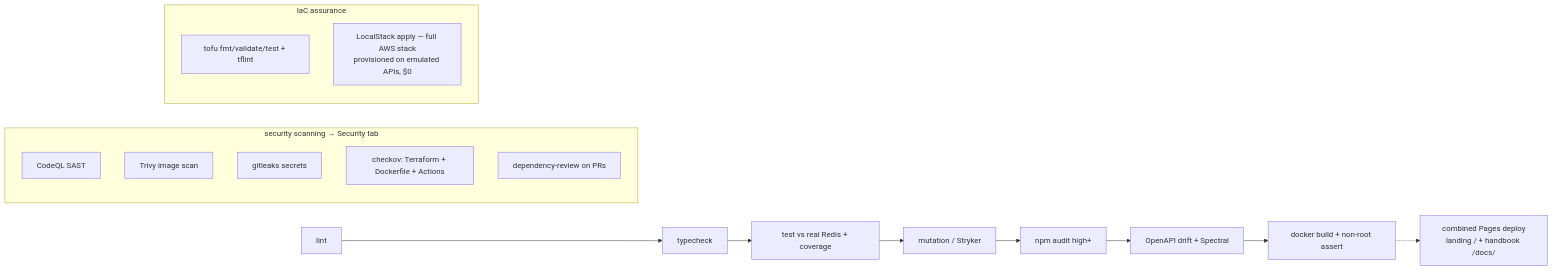
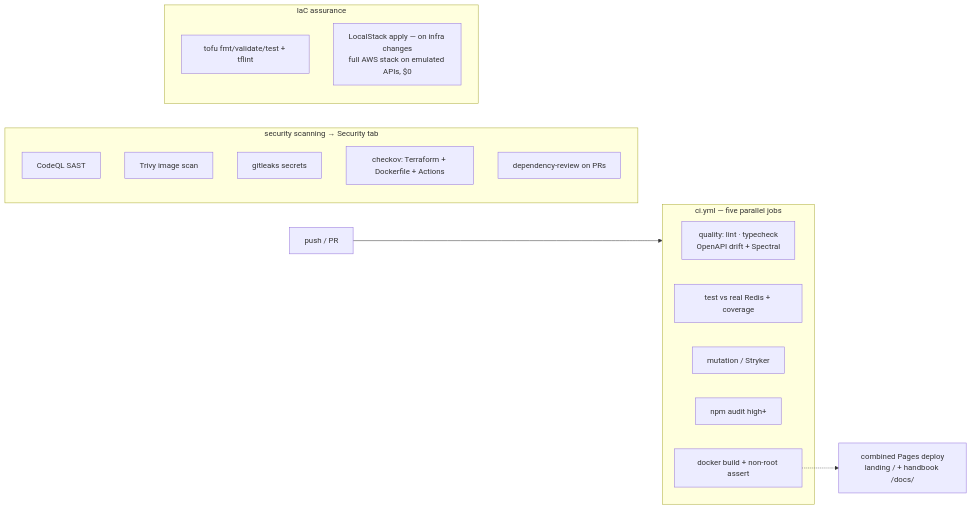
Diagram 12 of 13 in docs/diagrams.md (ArashM0z/auth-api), drawn with Mermaid before and after one commit. The commit also changed other lines of this file and 11 other files, not shown here.

First line of the commit message:
docs: apply the full documentation audit (#28)

````diff
--- a/docs/diagrams.md
+++ b/docs/diagrams.md
@@ -183,17 +186,23 @@
 ```mermaid
 flowchart LR
-  L[lint] --> T[typecheck] --> TE[test vs real Redis + coverage]
-  TE --> MU[mutation / Stryker] --> AU[npm audit high+] --> OA[OpenAPI drift + Spectral] --> DK[docker build + non-root assert]
+  PUSH[push / PR] --> ci
+  subgraph ci [ci.yml — five parallel jobs]
+    Q["quality: lint · typecheck<br/>OpenAPI drift + Spectral"]
+    TE[test vs real Redis + coverage]
+    MU[mutation / Stryker]
+    AU[npm audit high+]
+    DK[docker build + non-root assert]
+  end
   subgraph sec [security scanning → Security tab]
     CQ[CodeQL SAST]
     TR[Trivy image scan]
     GL[gitleaks secrets]
     CK[checkov: Terraform + Dockerfile + Actions]
     DR[dependency-review on PRs]
   end
   subgraph iac [IaC assurance]
     TF[tofu fmt/validate/test + tflint]
-    LS[LocalStack apply — full AWS stack<br/>provisioned on emulated APIs, $0]
+    LS[LocalStack apply — on infra changes<br/>full AWS stack on emulated APIs, $0]
   end
   DK -.-> DOCS[combined Pages deploy<br/>landing / + handbook /docs/]
 ```
````
